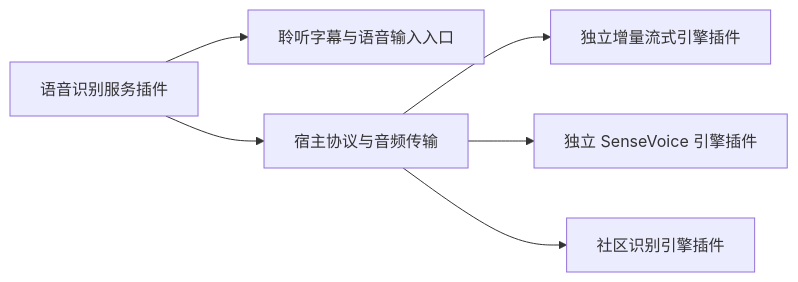
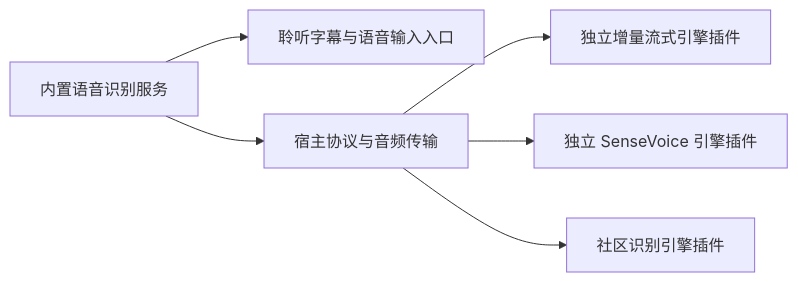
One commit to KIGTTS/KIGTTSNEXT changed the diagram in docs/recognition-service.md. Above: the diagram before and after it, drawn with Mermaid. The commit also changed other lines of this file and 45 other files, not shown here.

````diff
--- a/docs/recognition-service.md
+++ b/docs/recognition-service.md
@@ -5,8 +5,8 @@
 ```mermaid
 flowchart LR
-  Service[语音识别服务插件] --> Captions[聆听字幕与语音输入入口]
+  Service[内置语音识别服务] --> Captions[聆听字幕与语音输入入口]
   Service --> Broker[宿主协议与音频传输]
   Broker --> Online[独立增量流式引擎插件]
   Broker --> Sense[独立 SenseVoice 引擎插件]
   Broker --> Community[社区识别引擎插件]
 ```
````
